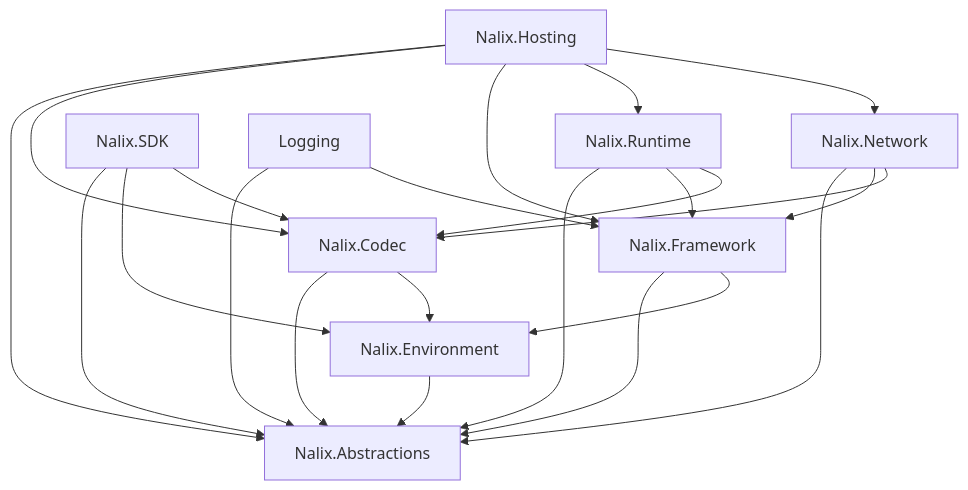
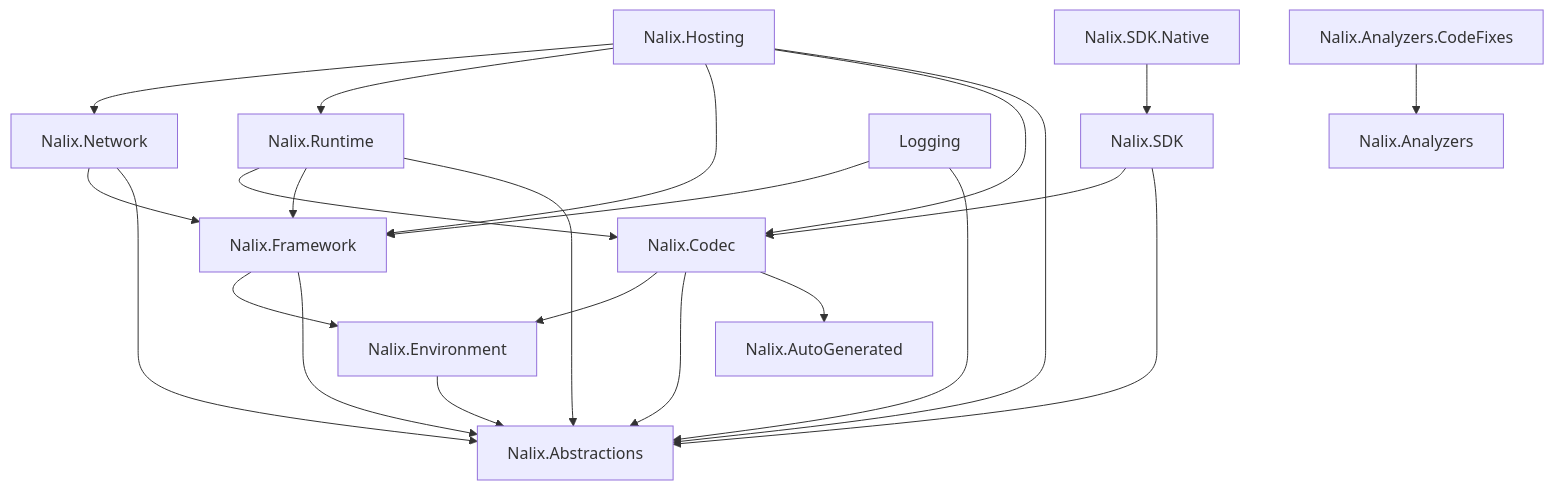
Before and after one commit to ppn-systems/Nalix: the diagram in docs/packages/index.md, drawn with Mermaid. The commit also changed other lines of this file and 69 other files, not shown here.

````diff
--- a/docs/packages/index.md
+++ b/docs/packages/index.md
@@ -25,31 +25,33 @@
 ```mermaid
 flowchart TD
     Hosting["Nalix.Hosting"] --> Network["Nalix.Network"]
     Hosting --> Runtime["Nalix.Runtime"]
     Hosting --> Framework["Nalix.Framework"]
     Hosting --> Codec["Nalix.Codec"]
     Hosting --> Abstractions["Nalix.Abstractions"]
 
-    Network --> Codec
     Network --> Framework
     Network --> Abstractions
 
     Runtime --> Codec
     Runtime --> Framework
     Runtime --> Abstractions
 
-    SDK["Nalix.SDK"] --> Codec
-    SDK --> Environment["Nalix.Environment"]
+    SDK_Native["Nalix.SDK.Native"] --> SDK["Nalix.SDK"]
+    SDK --> Codec
     SDK --> Abstractions
 
-    Framework --> Environment
+    Framework --> Environment["Nalix.Environment"]
     Framework --> Abstractions
 
     Codec --> Environment
     Codec --> Abstractions
+    Codec --> AutoGenerated["Nalix.AutoGenerated"]
 
     Environment --> Abstractions
 
     Logging --> Framework
     Logging --> Abstractions
+
+    Analyzers_Fix["Nalix.Analyzers.CodeFixes"] --> Analyzers["Nalix.Analyzers"]
 ```
````
